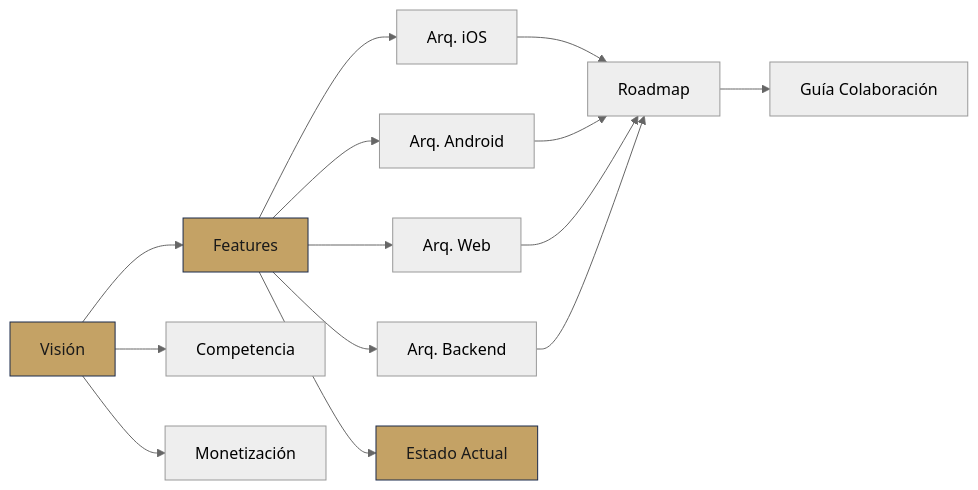
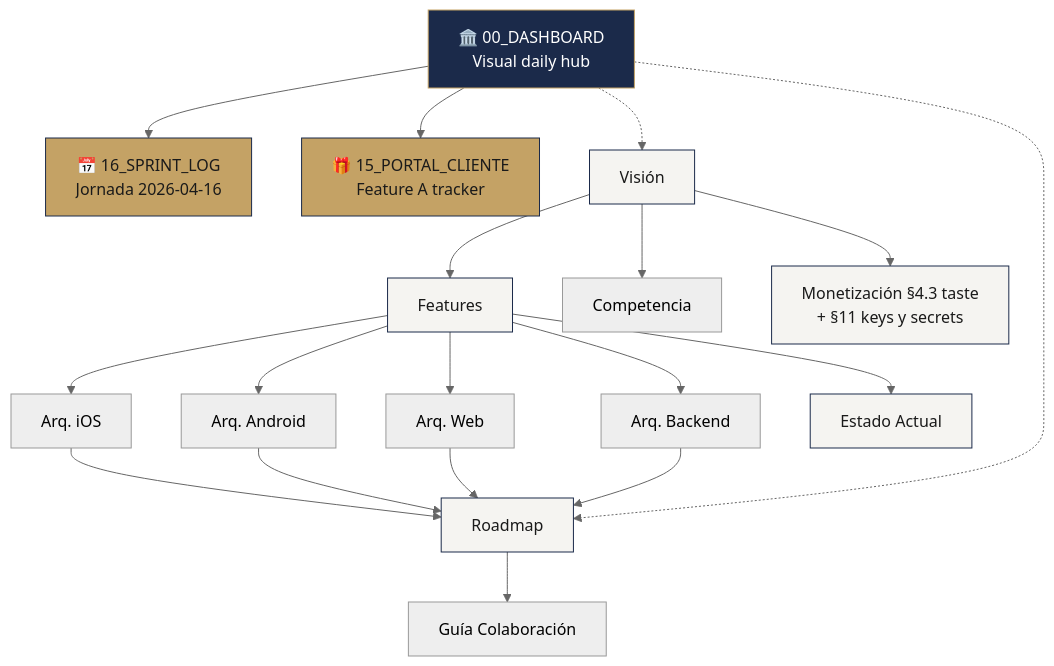
The diagram in obsidian/Solennix/PRD/PRD MOC.md (tiagofur/solennix), drawn with Mermaid (neutral theme) before and after one commit. The commit also changed other lines of this file and 7 other files, not shown here.

````diff
--- a/obsidian/Solennix/PRD/PRD MOC.md
+++ b/obsidian/Solennix/PRD/PRD MOC.md
@@ -71,20 +82,32 @@
 ```mermaid
-graph LR
+graph TB
+    D["🏛️ 00_DASHBOARD<br/>Visual daily hub"]
+    D --> SL["📅 16_SPRINT_LOG<br/>Jornada 2026-04-16"]
+    D --> PCT["🎁 15_PORTAL_CLIENTE<br/>Feature A tracker"]
+
     V[Visión] --> F[Features]
     V --> C[Competencia]
-    V --> M[Monetización]
+    V --> M[Monetización §4.3 taste<br/>+ §11 keys y secrets]
     F --> iOS[Arq. iOS]
     F --> And[Arq. Android]
     F --> Web[Arq. Web]
     F --> Back[Arq. Backend]
     F --> S[Estado Actual]
     iOS --> R[Roadmap]
     And --> R
     Web --> R
     Back --> R
     R --> G[Guía Colaboración]
 
-    style V fill:#C4A265,stroke:#1B2A4A,color:#1A1A1A
-    style F fill:#C4A265,stroke:#1B2A4A,color:#1A1A1A
-    style S fill:#C4A265,stroke:#1B2A4A,color:#1A1A1A
+    D -.-> V
+    D -.-> R
+
+    style D fill:#1B2A4A,stroke:#C4A265,color:#fff
+    style SL fill:#C4A265,stroke:#1B2A4A,color:#1A1A1A
+    style PCT fill:#C4A265,stroke:#1B2A4A,color:#1A1A1A
+    style V fill:#F5F4F1,stroke:#1B2A4A,color:#1A1A1A
+    style F fill:#F5F4F1,stroke:#1B2A4A,color:#1A1A1A
+    style S fill:#F5F4F1,stroke:#1B2A4A,color:#1A1A1A
+    style M fill:#F5F4F1,stroke:#1B2A4A,color:#1A1A1A
+    style R fill:#F5F4F1,stroke:#1B2A4A,color:#1A1A1A
 ```
````
